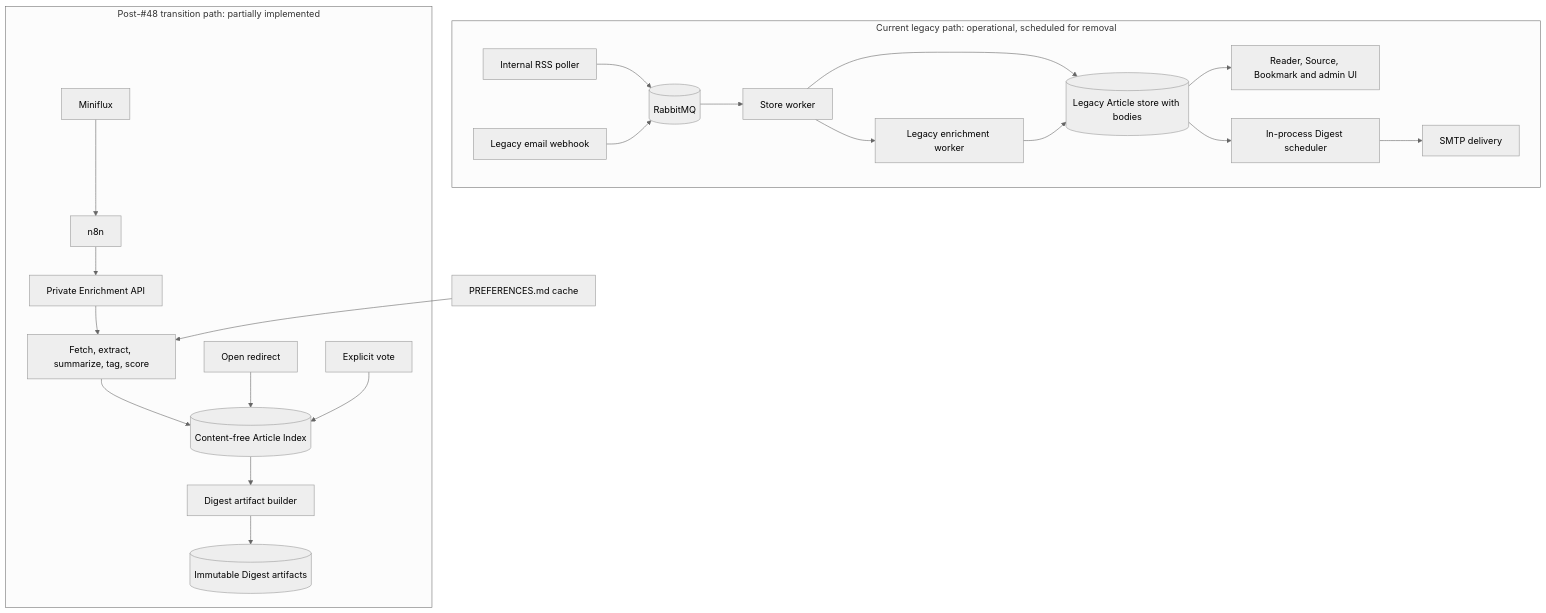
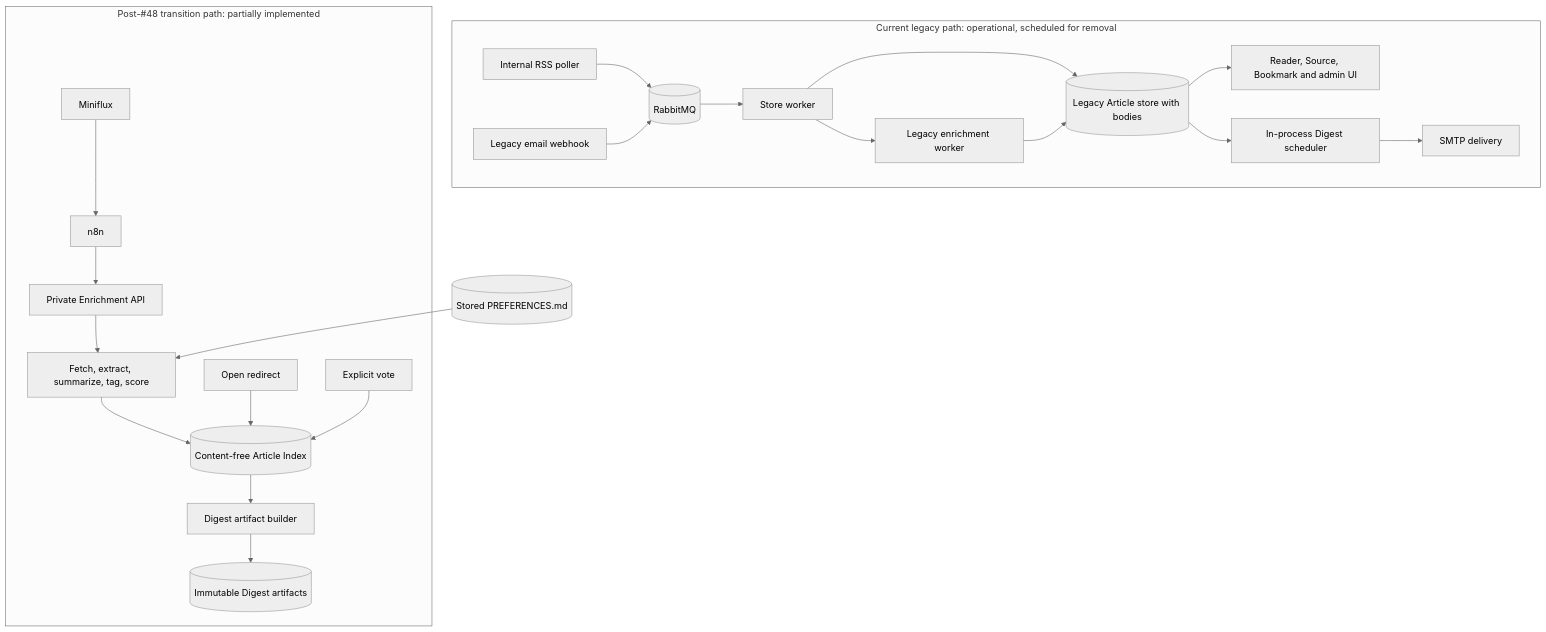
Before and after one commit to ffrt-labs/agregado: the second of 6 diagrams in docs/architecture/agregado.md, drawn with Mermaid (neutral theme). The commit also changed other lines of this file and 30 other files, not shown here.

````diff
--- a/docs/architecture/agregado.md
+++ b/docs/architecture/agregado.md
@@ -56,27 +56,27 @@
 ```mermaid
 flowchart TB
     subgraph Legacy[Current legacy path: operational, scheduled for removal]
         POLLER[Internal RSS poller] --> MQ[(RabbitMQ)]
         EMAIL[Legacy email webhook] --> MQ
         MQ --> STORE[Store worker]
         STORE --> OLDDB[(Legacy Article store with bodies)]
         STORE --> OLDENRICH[Legacy enrichment worker]
         OLDENRICH --> OLDDB
         OLDDB --> UI[Reader, Source, Bookmark and admin UI]
         OLDDB --> CRON[In-process Digest scheduler]
         CRON --> SMTP[SMTP delivery]
     end
 
     subgraph Pivot[Post-#48 transition path: partially implemented]
         MINIFLUX[Miniflux] --> N8N[n8n]
         N8N --> NEWAPI[Private Enrichment API]
         NEWAPI --> PIPE[Fetch, extract, summarize, tag, score]
         PIPE --> NEWDB[(Content-free Article Index)]
         NEWDB --> DART[Digest artifact builder]
         DART --> DDB[(Immutable Digest artifacts)]
         OPN[Open redirect] --> NEWDB
         VOT[Explicit vote] --> NEWDB
     end
 
-    PREF[PREFERENCES.md cache] --> PIPE
+    PREF[(Stored PREFERENCES.md)] --> PIPE
 ```
````
